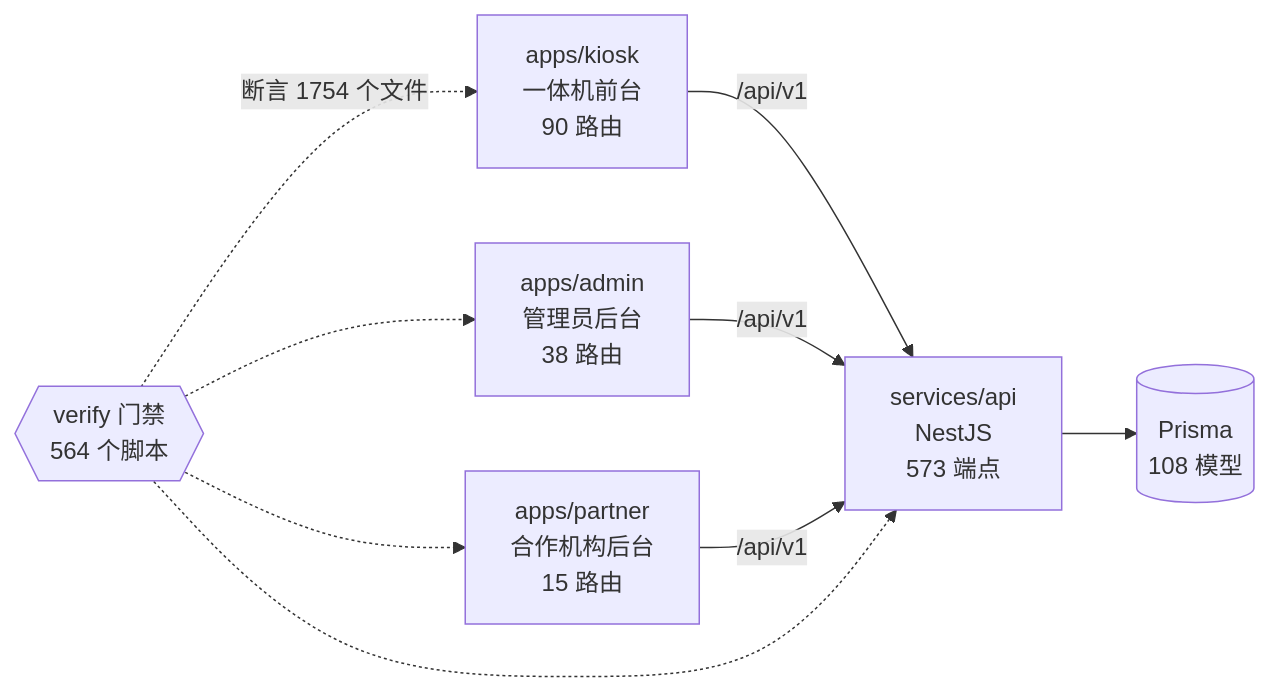
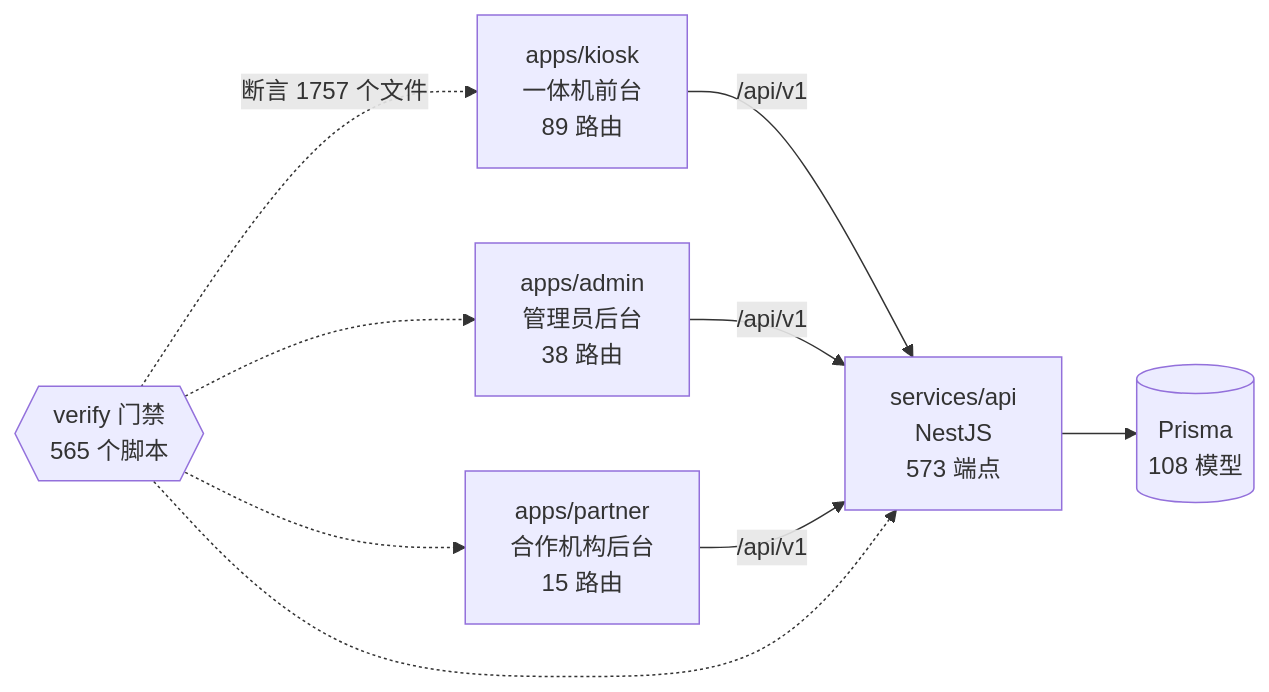
One commit to wanglei581/YITIJI changed the diagram in docs/graph/README.md. Above: the diagram before and after it, drawn with Mermaid. The commit also changed other lines of this file and 1 other file, not shown here.

Commit message:
chore(graph): 第五批合入后重生图谱

````diff
--- a/docs/graph/README.md
+++ b/docs/graph/README.md
@@ -68,18 +68,18 @@
 ```mermaid
 flowchart LR
-  kiosk["apps/kiosk<br/>一体机前台<br/>90 路由"]
+  kiosk["apps/kiosk<br/>一体机前台<br/>89 路由"]
   admin["apps/admin<br/>管理员后台<br/>38 路由"]
   partner["apps/partner<br/>合作机构后台<br/>15 路由"]
   api["services/api<br/>NestJS<br/>573 端点"]
   db[("Prisma<br/>108 模型")]
-  gates{{"verify 门禁<br/>564 个脚本"}}
+  gates{{"verify 门禁<br/>565 个脚本"}}
 
   kiosk -->|"/api/v1"| api
   admin -->|"/api/v1"| api
   partner -->|"/api/v1"| api
   api --> db
-  gates -.->|"断言 1754 个文件"| kiosk
+  gates -.->|"断言 1757 个文件"| kiosk
   gates -.-> admin
   gates -.-> partner
   gates -.-> api
 ```
````
